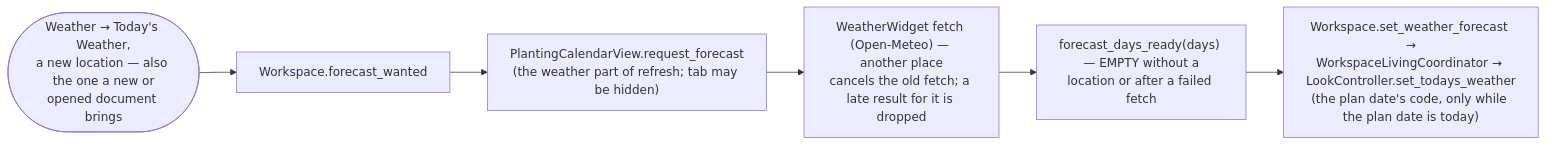
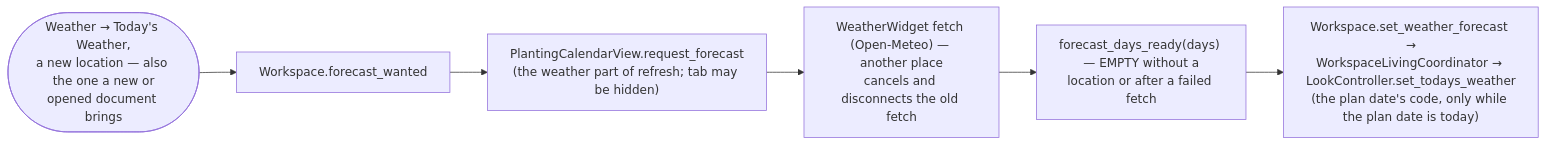
Before and after one commit to cofade/open-garden-planner: diagram 16 of 31 in docs/06-runtime-view/README.md, drawn with Mermaid. The commit also changed 18 other files, not shown here.

````diff
--- a/docs/06-runtime-view/README.md
+++ b/docs/06-runtime-view/README.md
@@ -447,10 +447,10 @@
 ```mermaid
 flowchart LR
     C([Weather → Today's Weather,<br/>a new location — also the one a new or<br/>opened document brings])
     W["Workspace.forecast_wanted"]
     P["PlantingCalendarView.request_forecast<br/>(the weather part of refresh; tab may be hidden)"]
-    F["WeatherWidget fetch (Open-Meteo) — another place<br/>cancels the old fetch; a late result for it is dropped"]
+    F["WeatherWidget fetch (Open-Meteo) — another place<br/>cancels and disconnects the old fetch"]
     R["forecast_days_ready(days) — EMPTY without a<br/>location or after a failed fetch"]
     L["Workspace.set_weather_forecast →<br/>WorkspaceLivingCoordinator → LookController.set_todays_weather<br/>(the plan date's code, only while the plan date is today)"]
     C --> W --> P --> F --> R --> L
 ```
````
